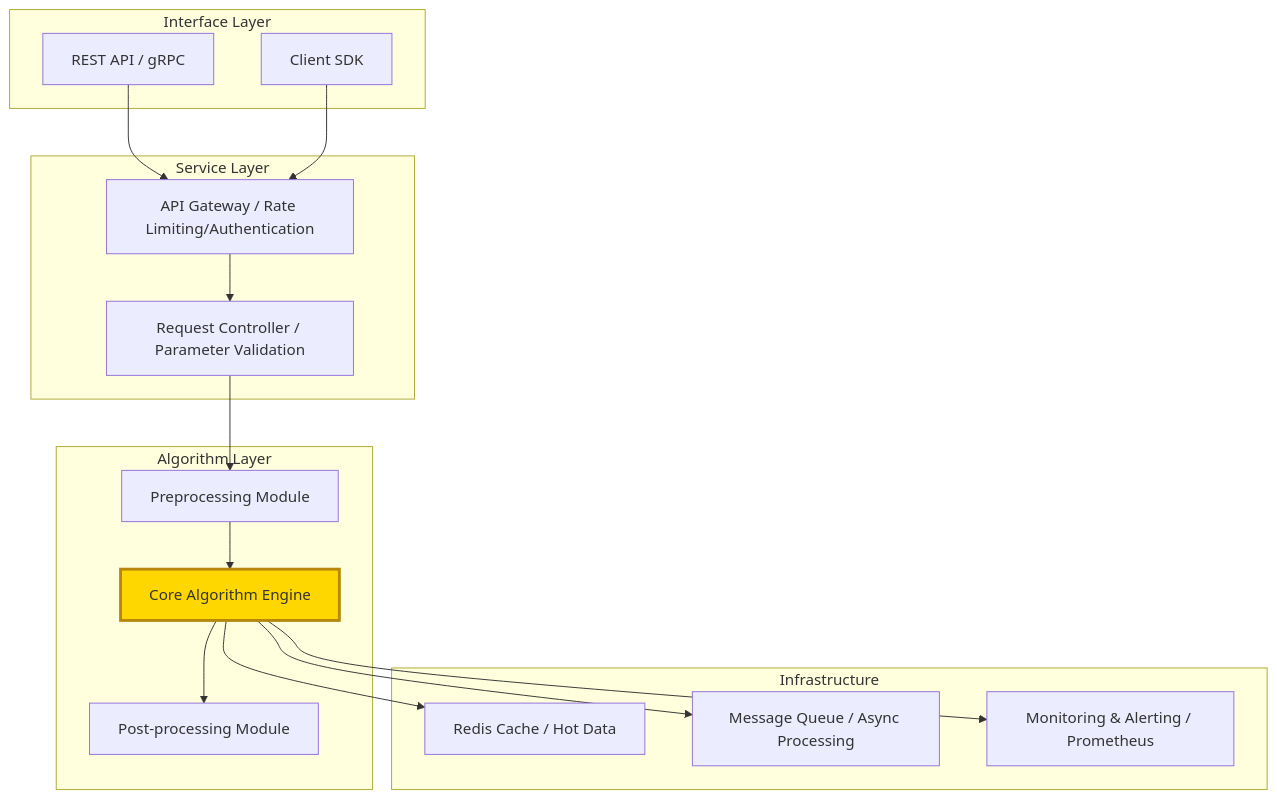
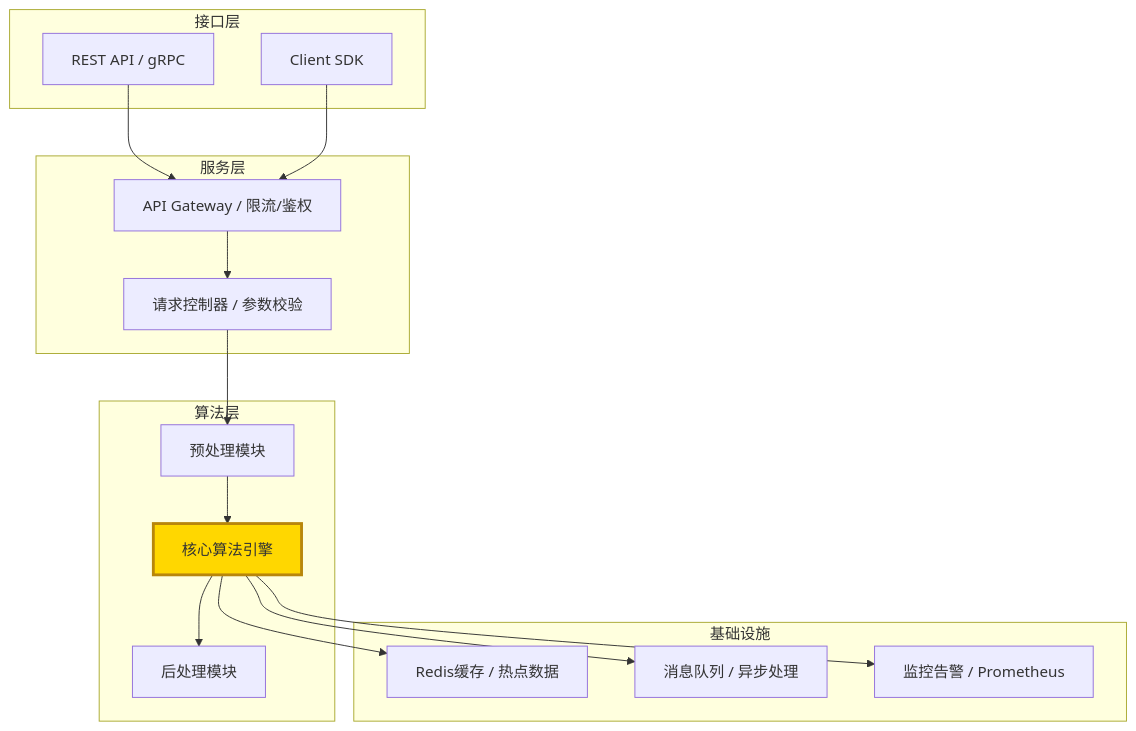
The seventh of 10 diagrams in templates/Product/Technology/Template-Algorithm.md (Kirky-X/cangjie), drawn with Mermaid before and after one commit. The commit also changed other lines of this file and 33 other files, not shown here.

````diff
--- a/templates/Product/Technology/Template-Algorithm.md
+++ b/templates/Product/Technology/Template-Algorithm.md
@@ -601,33 +601,33 @@
 ```mermaid
 graph TB
-    subgraph Interface Layer
+    subgraph 接口层
         API[REST API / gRPC]
         SDK[Client SDK]
     end
 
-    subgraph Service Layer
-        Gateway[API Gateway / Rate Limiting/Authentication]
-        Controller[Request Controller / Parameter Validation]
+    subgraph 服务层
+        Gateway[API Gateway / 限流/鉴权]
+        Controller[请求控制器 / 参数校验]
     end
 
-    subgraph Algorithm Layer
-        Preprocess[Preprocessing Module]
-        Core[Core Algorithm Engine]
-        Postprocess[Post-processing Module]
+    subgraph 算法层
+        Preprocess[预处理模块]
+        Core[核心算法引擎]
+        Postprocess[后处理模块]
     end
 
-    subgraph Infrastructure
-        Cache[Redis Cache / Hot Data]
-        MQ[Message Queue / Async Processing]
-        Monitor[Monitoring & Alerting / Prometheus]
+    subgraph 基础设施
+        Cache[Redis缓存 / 热点数据]
+        MQ[消息队列 / 异步处理]
+        Monitor[监控告警 / Prometheus]
     end
 
     API --> Gateway --> Controller
     SDK --> Gateway
     Controller --> Preprocess --> Core --> Postprocess
     Core --> Cache
     Core --> MQ
     Core --> Monitor
 
     style Core fill:#ffd700,stroke:#b8860b,stroke-width:3px
 ```
````
